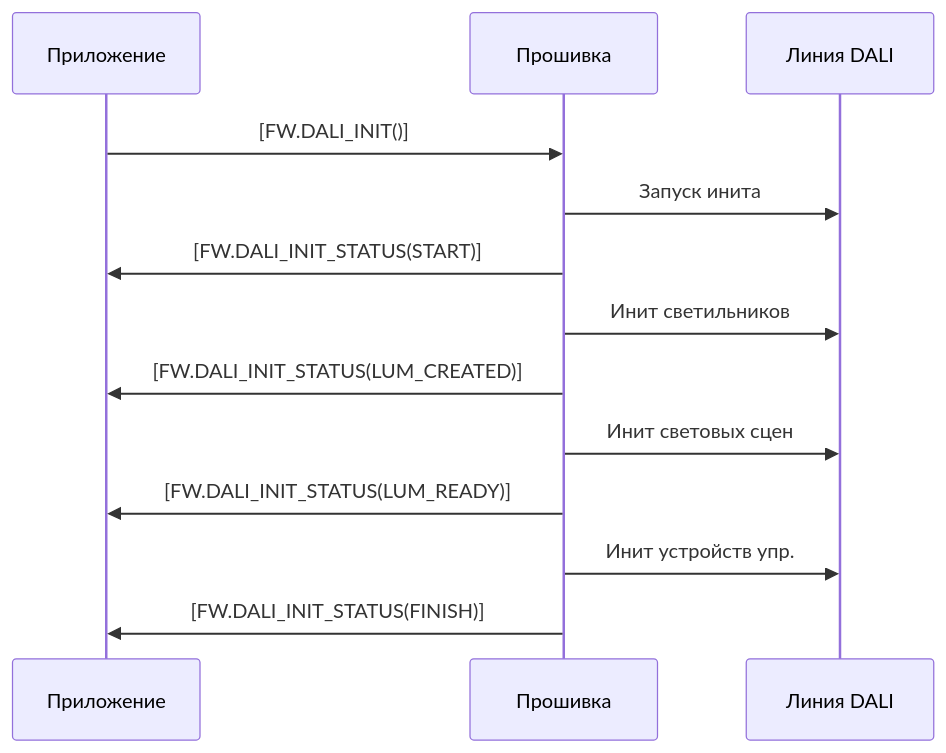
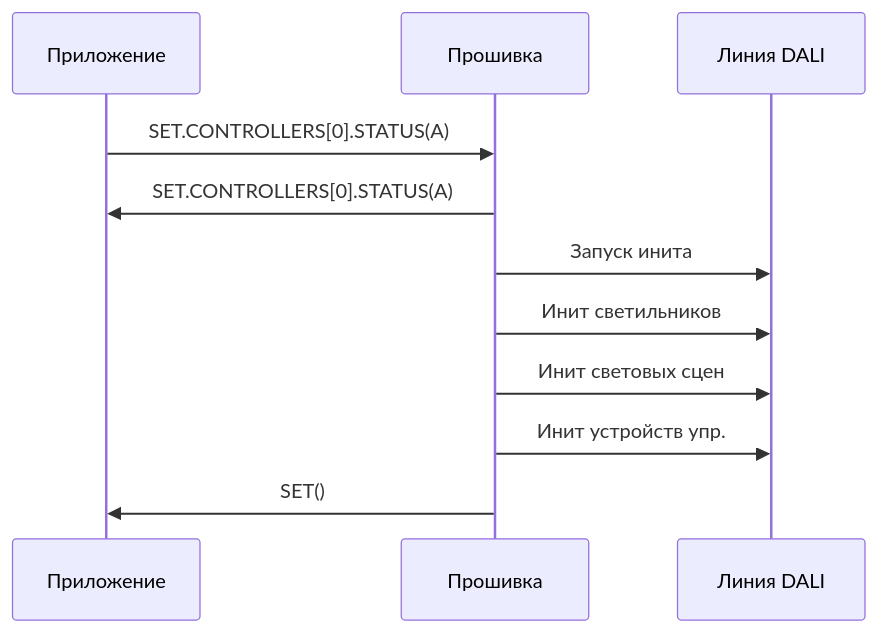
Before and after one commit to KhudyakovAlex/Synapse: the second of 2 diagrams in PDS/SynapsePDS_FW_Logic.md, drawn with Mermaid. The commit also changed other lines of this file and 23 other files, not shown here.

````diff
--- a/PDS/SynapsePDS_FW_Logic.md
+++ b/PDS/SynapsePDS_FW_Logic.md
@@ -108,16 +117,14 @@
 ```mermaid
 sequenceDiagram
     participant Приложение
     participant Прошивка
     participant Линия DALI
 
-    Приложение->>Прошивка:[FW.DALI_INIT()]
+    Приложение->>Прошивка:SET.CONTROLLERS[0].STATUS(A)
+    Прошивка->>Приложение:SET.CONTROLLERS[0].STATUS(A)
     Прошивка->>Линия DALI:Запуск инита
-    Прошивка->>Приложение:[FW.DALI_INIT_STATUS(START)]
     Прошивка->>Линия DALI:Инит светильников
-    Прошивка->>Приложение:[FW.DALI_INIT_STATUS(LUM_CREATED)]
     Прошивка->>Линия DALI:Инит световых сцен
-    Прошивка->>Приложение:[FW.DALI_INIT_STATUS(LUM_READY)]
     Прошивка->>Линия DALI:Инит устройств упр.
-    Прошивка->>Приложение:[FW.DALI_INIT_STATUS(FINISH)]
+    Прошивка->>Приложение:SET()
 ```
````
